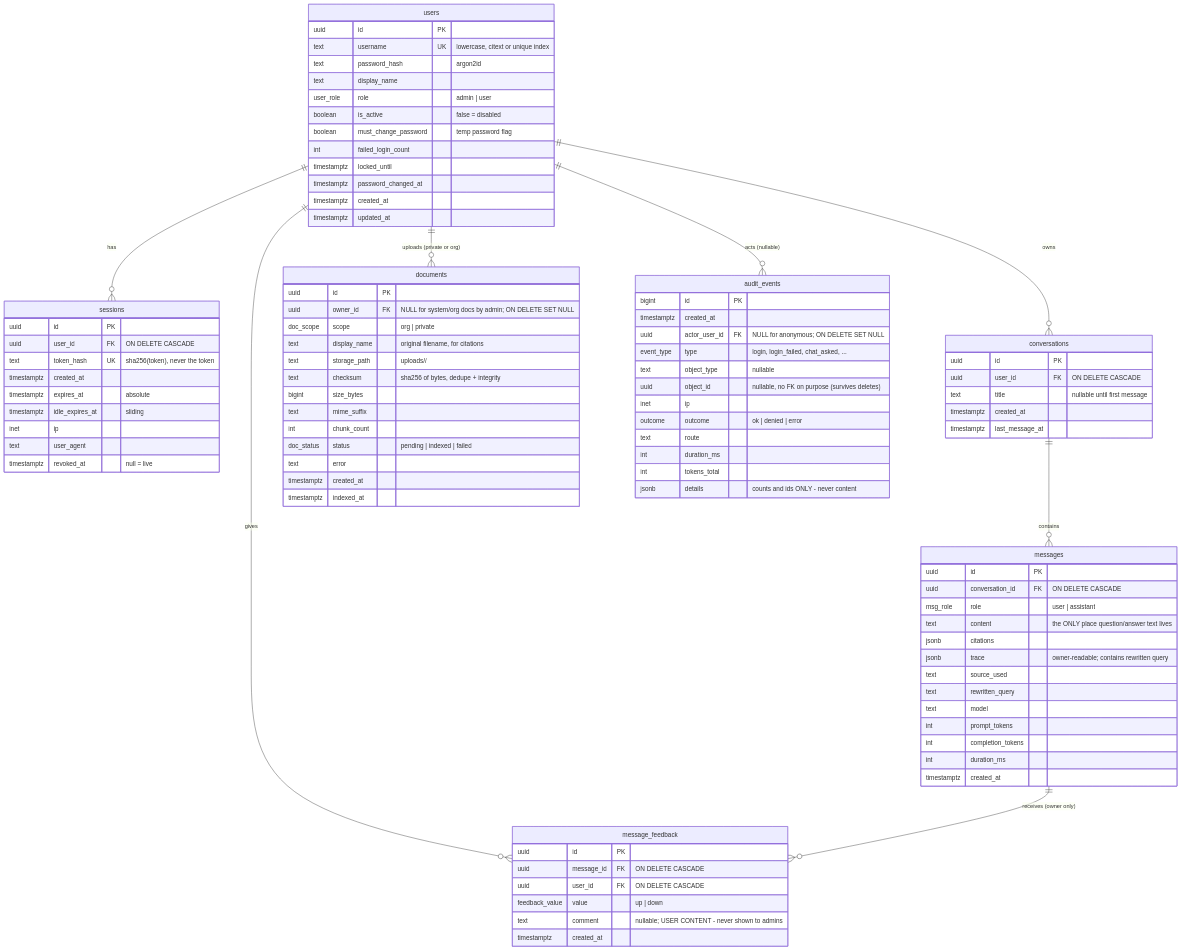
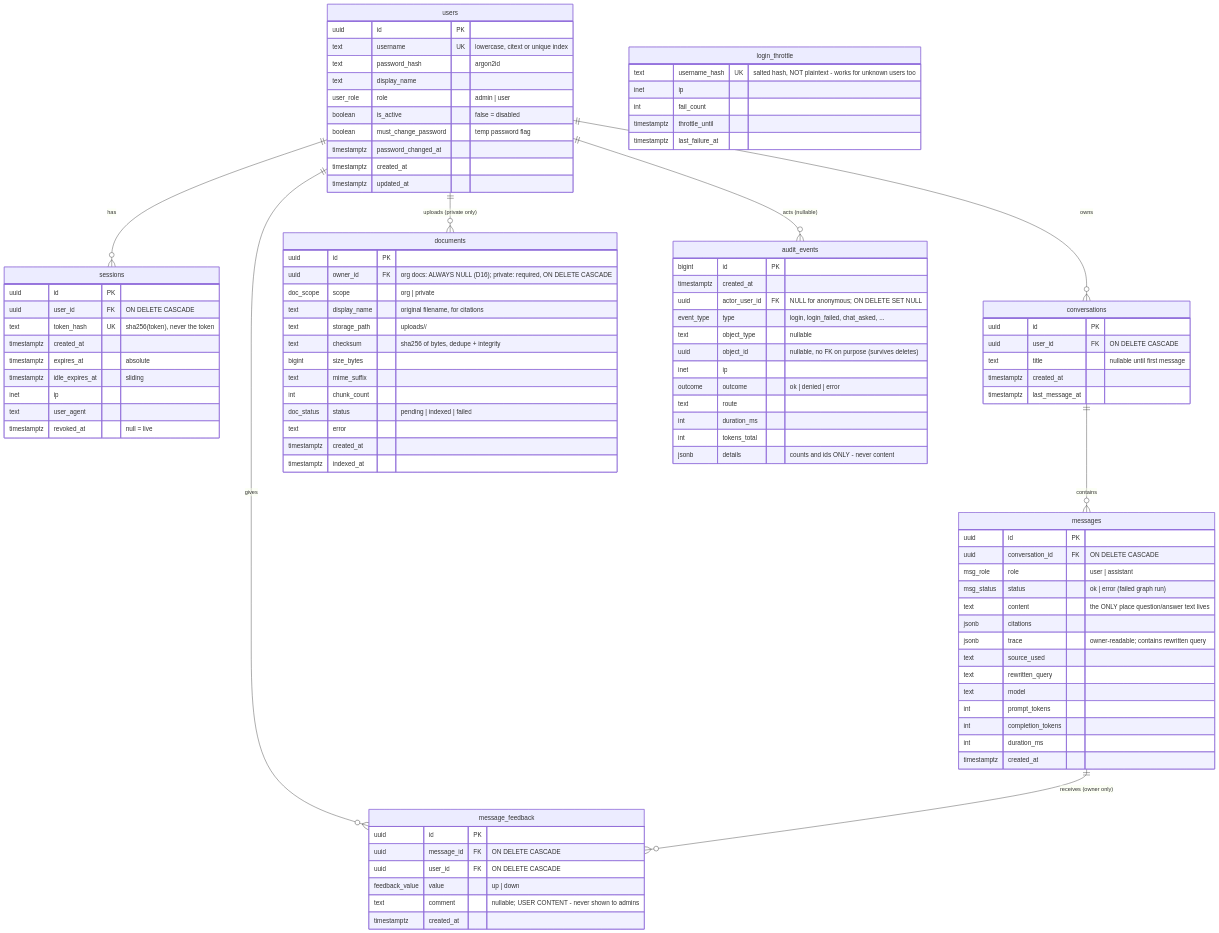
Before and after one commit to farhadtanveer/Enterprise-Agentic-RAG: the first of 4 diagrams in docs/backend-design.md, drawn with Mermaid. The commit also changed other lines of this file, not shown here.

```diff
--- a/docs/backend-design.md
+++ b/docs/backend-design.md
@@ -208,11 +212,19 @@
 erDiagram
     users ||--o{ sessions : "has"
     users ||--o{ conversations : "owns"
-    users ||--o{ documents : "uploads (private or org)"
+    users ||--o{ documents : "uploads (private only)"
     users ||--o{ message_feedback : "gives"
     users ||--o{ audit_events : "acts (nullable)"
     conversations ||--o{ messages : "contains"
     messages ||--o{ message_feedback : "receives (owner only)"
+
+    login_throttle {
+        text username_hash UK "salted hash, NOT plaintext - works for unknown users too"
+        inet ip
+        int fail_count
+        timestamptz throttle_until
+        timestamptz last_failure_at
+    }
 
     users {
         uuid id PK
@@ -222,8 +234,6 @@
         user_role role "admin | user"
         boolean is_active "false = disabled"
         boolean must_change_password "temp password flag"
-        int failed_login_count
-        timestamptz locked_until
         timestamptz password_changed_at
         timestamptz created_at
         timestamptz updated_at
@@ -250,6 +260,7 @@
         uuid id PK
         uuid conversation_id FK "ON DELETE CASCADE"
         msg_role role "user | assistant"
+        msg_status status "ok | error (failed graph run)"
         text content "the ONLY place question/answer text lives"
         jsonb citations
         jsonb trace "owner-readable; contains rewritten query"
@@ -263,7 +274,7 @@
     }
     documents {
         uuid id PK
-        uuid owner_id FK "NULL for system/org docs by admin; ON DELETE SET NULL"
+        uuid owner_id FK "org docs: ALWAYS NULL (D16); private: required, ON DELETE CASCADE"
         doc_scope scope "org | private"
         text display_name "original filename, for citations"
         text storage_path "uploads/<doc_id>/<display_name>"
```
